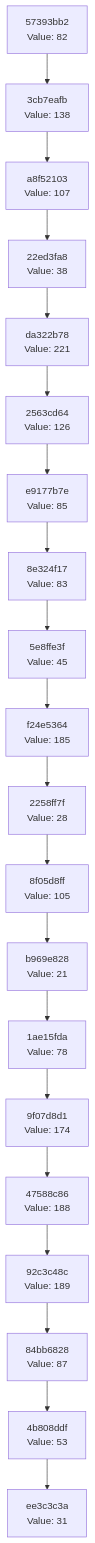
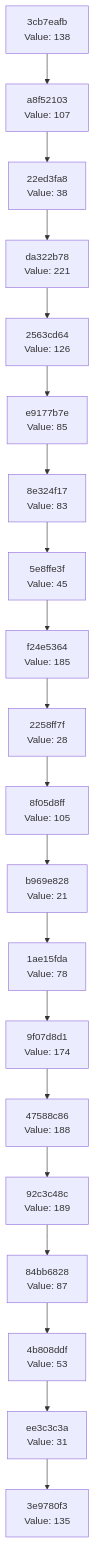
The diagram in docs/CHAIN_VISUALIZATION.md (Abhisheksinha1506/hash-chain-evolver), drawn with Mermaid before and after one commit. The commit also changed 2 other files, not shown here.

Commit message:
Evolution Step

````diff
--- a/docs/CHAIN_VISUALIZATION.md
+++ b/docs/CHAIN_VISUALIZATION.md
@@ -3,42 +3,42 @@
 ```mermaid
 graph TD
-    C0["ee3c3c3a<br/>Value: 31"]
-    C1["4b808ddf<br/>Value: 53"]
+    C0["3e9780f3<br/>Value: 135"]
+    C1["ee3c3c3a<br/>Value: 31"]
     C1 --> C0
-    C2["84bb6828<br/>Value: 87"]
+    C2["4b808ddf<br/>Value: 53"]
     C2 --> C1
-    C3["92c3c48c<br/>Value: 189"]
+    C3["84bb6828<br/>Value: 87"]
     C3 --> C2
-    C4["47588c86<br/>Value: 188"]
+    C4["92c3c48c<br/>Value: 189"]
     C4 --> C3
-    C5["9f07d8d1<br/>Value: 174"]
+    C5["47588c86<br/>Value: 188"]
     C5 --> C4
-    C6["1ae15fda<br/>Value: 78"]
+    C6["9f07d8d1<br/>Value: 174"]
     C6 --> C5
-    C7["b969e828<br/>Value: 21"]
+    C7["1ae15fda<br/>Value: 78"]
     C7 --> C6
-    C8["8f05d8ff<br/>Value: 105"]
+    C8["b969e828<br/>Value: 21"]
     C8 --> C7
-    C9["2258ff7f<br/>Value: 28"]
+    C9["8f05d8ff<br/>Value: 105"]
     C9 --> C8
-    C10["f24e5364<br/>Value: 185"]
+    C10["2258ff7f<br/>Value: 28"]
     C10 --> C9
-    C11["5e8ffe3f<br/>Value: 45"]
+    C11["f24e5364<br/>Value: 185"]
     C11 --> C10
-    C12["8e324f17<br/>Value: 83"]
+    C12["5e8ffe3f<br/>Value: 45"]
     C12 --> C11
-    C13["e9177b7e<br/>Value: 85"]
+    C13["8e324f17<br/>Value: 83"]
     C13 --> C12
-    C14["2563cd64<br/>Value: 126"]
+    C14["e9177b7e<br/>Value: 85"]
     C14 --> C13
-    C15["da322b78<br/>Value: 221"]
+    C15["2563cd64<br/>Value: 126"]
     C15 --> C14
-    C16["22ed3fa8<br/>Value: 38"]
+    C16["da322b78<br/>Value: 221"]
     C16 --> C15
-    C17["a8f52103<br/>Value: 107"]
+    C17["22ed3fa8<br/>Value: 38"]
     C17 --> C16
-    C18["3cb7eafb<br/>Value: 138"]
+    C18["a8f52103<br/>Value: 107"]
     C18 --> C17
-    C19["57393bb2<br/>Value: 82"]
+    C19["3cb7eafb<br/>Value: 138"]
     C19 --> C18
 ```
````
